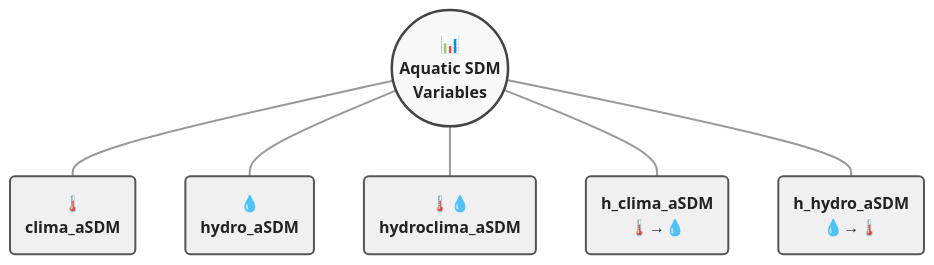
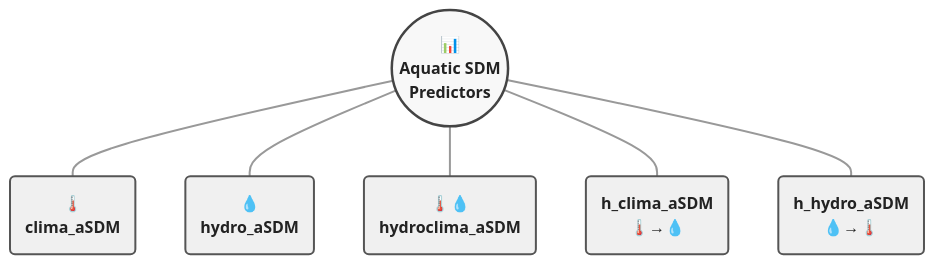
One commit to Vagenas7119/aSDMs changed the diagram in README.md. Above: the diagram before and after it, drawn with Mermaid.

````diff
--- a/README.md
+++ b/README.md
@@ -92,28 +92,28 @@
 ```mermaid
 %%{init: {'theme': 'base', 'themeVariables': { 
     'fontFamily': 'Arial',
     'primaryColor': '#f5f5f5',
     'primaryBorderColor': '#666',
     'primaryTextColor': '#222',
     'nodeTextMargin': 8
 }, 'config': {'fontSize': 14}}}%%
 flowchart TD
-    A(("<b>📊<br/>Aquatic SDM<br/>Variables</b>")):::centerNode
+    A(("<b>📊<br/>Aquatic SDM<br/>Predictors</b>")):::centerNode
     B("<b>🌡️<br/>clima_aSDM</b>"):::outerNode
     C("<b>💧<br/>hydro_aSDM</b>"):::outerNode 
     D("<b>🌡️💧<br/>hydroclima_aSDM</b>"):::outerNode
     E("<b>h_clima_aSDM<br/>🌡️→💧</b>"):::outerNode
     F("<b>h_hydro_aSDM<br/>💧→🌡️</b>"):::outerNode
 
     A --- B
     A --- C
     A --- D
     A --- E
     A --- F
 
     classDef centerNode stroke:#444,stroke-width:2.5px,fill:#f8f8f8
     classDef outerNode stroke:#555,stroke-width:2px,fill:#f0f0f0
     
     %% Radial layout adjustments
     linkStyle 0,1,2,3,4 stroke:#999,stroke-width:2px
 ```
````
